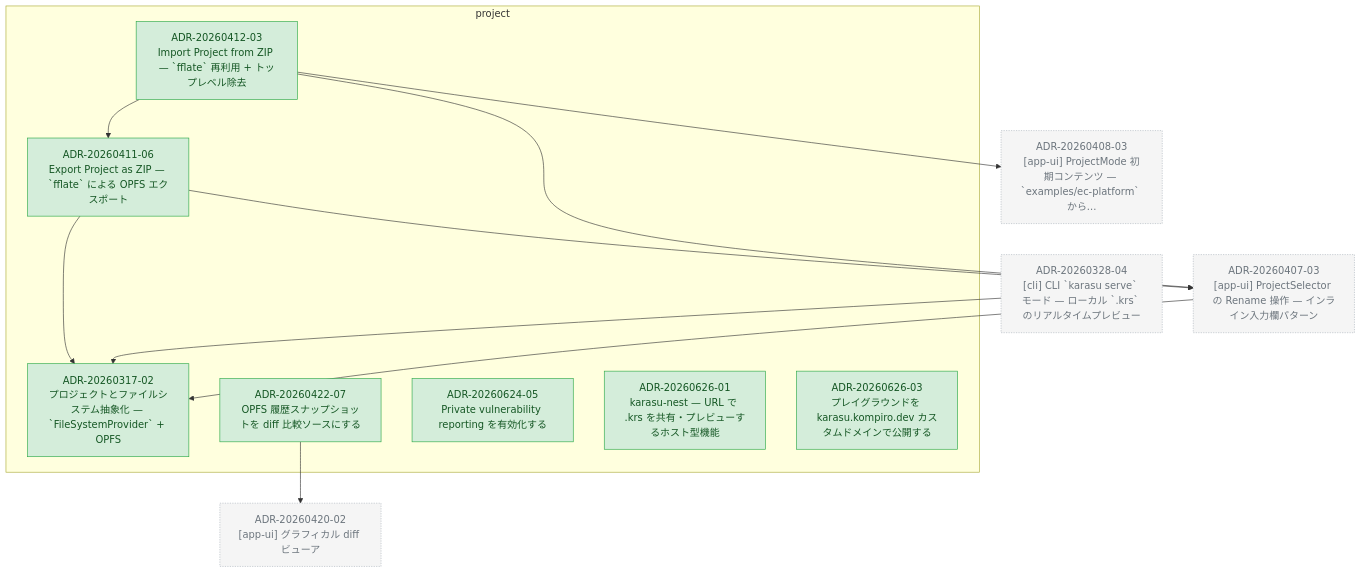
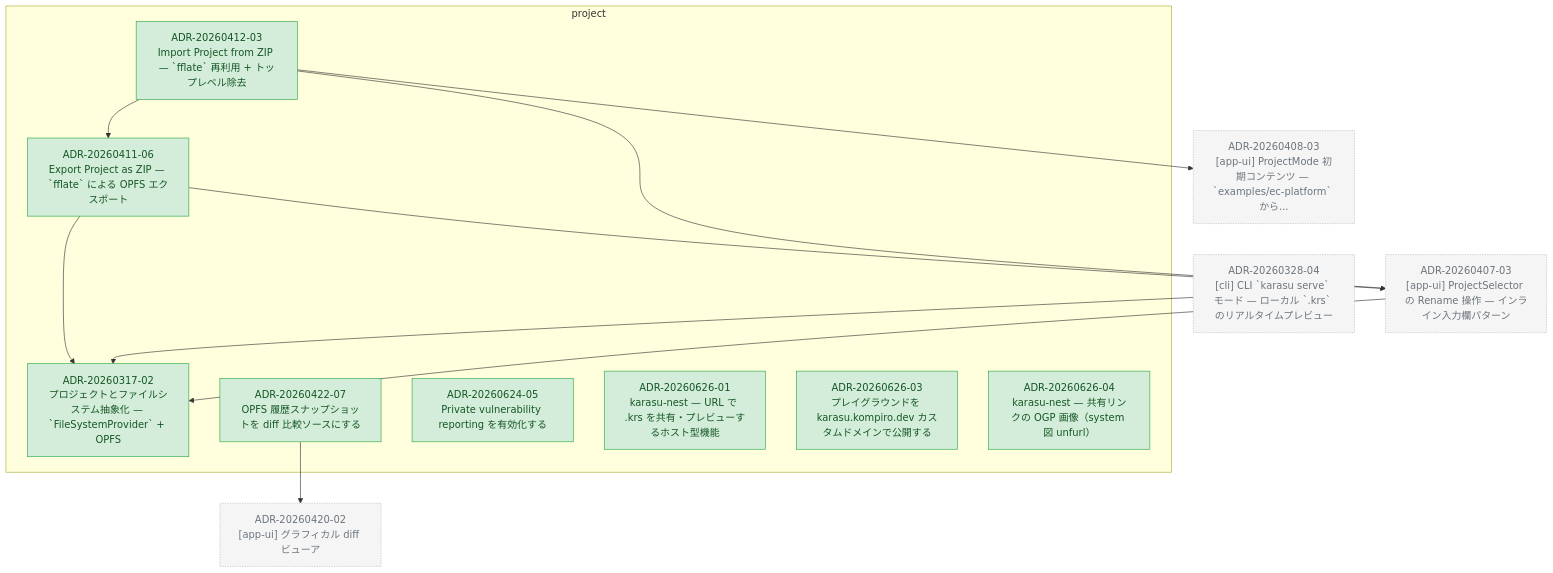
One commit to kompiro/karasu changed the diagram in docs/adr/graph/project.md. Above: the diagram before and after it, drawn with Mermaid. The commit also changed other lines of this file and 4 other files, not shown here.

First line of the commit message:
docs(adr): promote karasu-nest OGP share page to ADR-20260626-04

````diff
--- a/docs/adr/graph/project.md
+++ b/docs/adr/graph/project.md
@@ -6,42 +6,44 @@
 ```mermaid
 flowchart TD
   subgraph project["project"]
     ADR_20260317_02["ADR-20260317-02<br/>プロジェクトとファイルシステム抽象化 — `FileSystemProvider` + OPFS"]
     ADR_20260411_06["ADR-20260411-06<br/>Export Project as ZIP — `fflate` による OPFS エクスポート"]
     ADR_20260412_03["ADR-20260412-03<br/>Import Project from ZIP — `fflate` 再利用 + トップレベル除去"]
     ADR_20260422_07["ADR-20260422-07<br/>OPFS 履歴スナップショットを diff 比較ソースにする"]
     ADR_20260624_05["ADR-20260624-05<br/>Private vulnerability reporting を有効化する"]
     ADR_20260626_01["ADR-20260626-01<br/>karasu-nest — URL で .krs を共有・プレビューするホスト型機能"]
     ADR_20260626_03["ADR-20260626-03<br/>プレイグラウンドを karasu.kompiro.dev カスタムドメインで公開する"]
+    ADR_20260626_04["ADR-20260626-04<br/>karasu-nest — 共有リンクの OGP 画像（system 図 unfurl）"]
   end
   ADR_20260328_04["ADR-20260328-04<br/>[cli] CLI `karasu serve` モード — ローカル `.krs` のリアルタイムプレビュー"]
   ADR_20260407_03["ADR-20260407-03<br/>[app-ui] ProjectSelector の Rename 操作 — インライン入力欄パターン"]
   ADR_20260408_03["ADR-20260408-03<br/>[app-ui] ProjectMode 初期コンテンツ — `examples/ec-platform` から..."]
   ADR_20260420_02["ADR-20260420-02<br/>[app-ui] グラフィカル diff ビューア"]
   ADR_20260411_06 --> ADR_20260317_02
   ADR_20260411_06 --> ADR_20260407_03
   ADR_20260412_03 --> ADR_20260407_03
   ADR_20260412_03 --> ADR_20260408_03
   ADR_20260412_03 --> ADR_20260411_06
   ADR_20260422_07 --> ADR_20260420_02
   ADR_20260328_04 --> ADR_20260317_02
   ADR_20260407_03 --> ADR_20260317_02
 
   classDef accepted fill:#d4edda,stroke:#28a745,color:#155724
   classDef proposed fill:#fff3cd,stroke:#ffc107,color:#856404
   classDef deprecated fill:#f8d7da,stroke:#dc3545,color:#721c24
   classDef superseded fill:#e2e3e5,stroke:#6c757d,color:#383d41
   classDef not_adopted fill:#e2e3e5,stroke:#6c757d,color:#383d41,stroke-dasharray:3 3
   classDef ghost fill:#f5f5f5,stroke:#adb5bd,color:#6c757d,stroke-dasharray:2 2
   class ADR_20260317_02 accepted
   class ADR_20260411_06 accepted
   class ADR_20260412_03 accepted
   class ADR_20260422_07 accepted
   class ADR_20260624_05 accepted
   class ADR_20260626_01 accepted
   class ADR_20260626_03 accepted
+  class ADR_20260626_04 accepted
   class ADR_20260328_04 ghost
   class ADR_20260407_03 ghost
   class ADR_20260408_03 ghost
   class ADR_20260420_02 ghost
 ```
````
